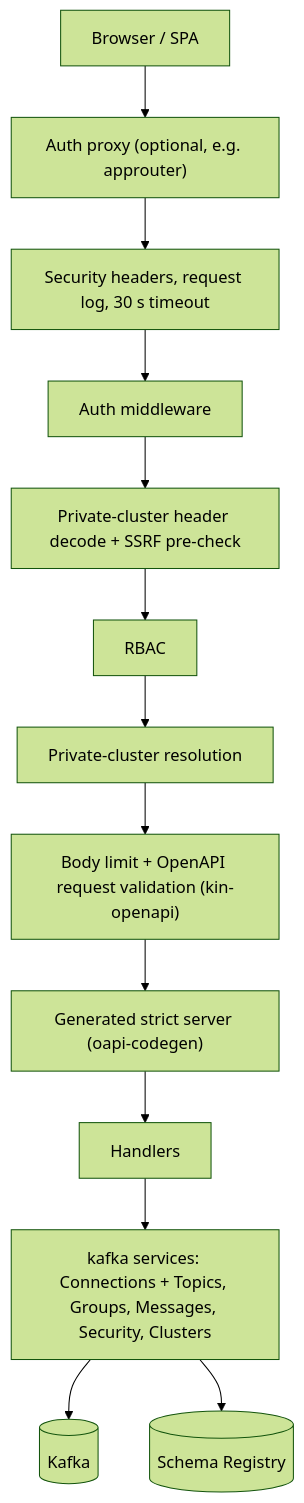
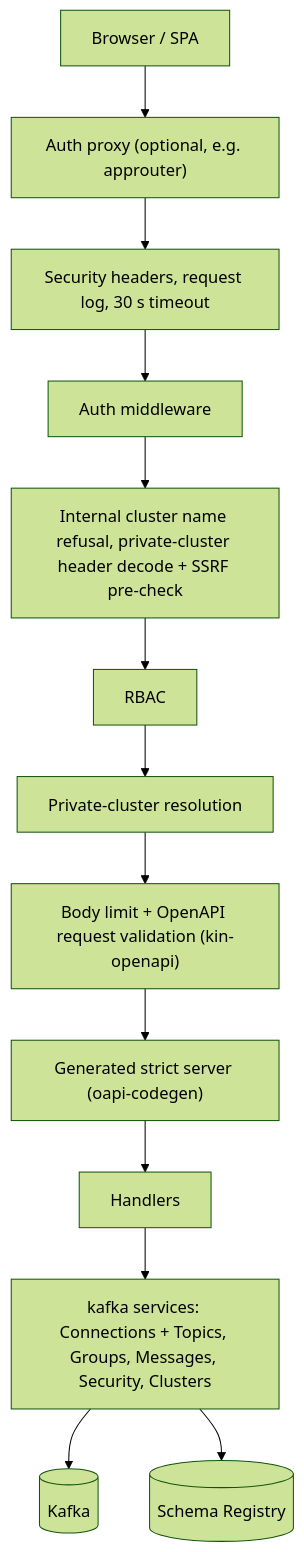
Before and after one commit to FinkeFlo/kafkito: the diagram in docs/architecture.md, drawn with Mermaid (forest theme). The commit also changed other lines of this file and 22 other files, not shown here.

First line of the commit message:
fix(server): keep private cluster lookups on the __private__ path

````diff
--- a/docs/architecture.md
+++ b/docs/architecture.md
@@ -12,15 +12,15 @@
 ```mermaid
 flowchart TD
     B[Browser / SPA] --> P["Auth proxy (optional, e.g. approuter)"]
     P --> M["Security headers, request log, 30 s timeout"]
     M --> A[Auth middleware]
-    A --> PC["Private-cluster header decode + SSRF pre-check"]
+    A --> PC["Internal cluster name refusal, private-cluster header decode + SSRF pre-check"]
     PC --> R[RBAC]
     R --> PR[Private-cluster resolution]
     PR --> V["Body limit + OpenAPI request validation (kin-openapi)"]
     V --> S["Generated strict server (oapi-codegen)"]
     S --> H[Handlers]
     H --> K["kafka services: Connections + Topics, Groups, Messages, Security, Clusters"]
     K --> KB[(Kafka)]
     K --> SR[(Schema Registry)]
 ```
````
